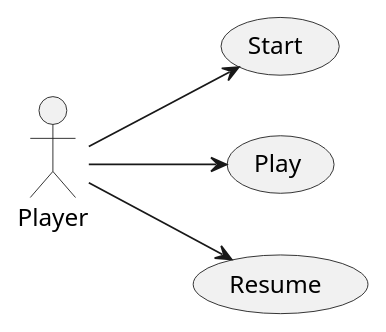
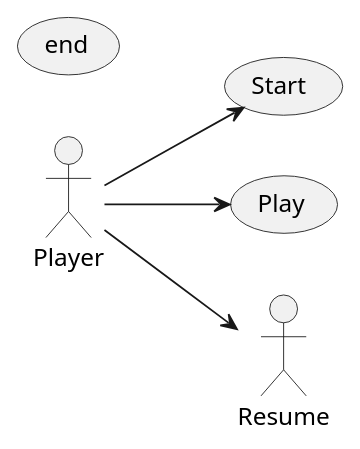
The diagram in docs/diagrams/actorsUseCaseDiagram.plantuml (GenesisMontilla/IS-022023), drawn with PlantUML before and after one commit.

Commit message:
cambio usecase end

```diff
--- a/docs/diagrams/actorsUseCaseDiagram.plantuml
+++ b/docs/diagrams/actorsUseCaseDiagram.plantuml
@@ -1,11 +1,11 @@
 @startuml actorsUseCaseDiagram
 left to right direction
 actor Player
 usecase Start
 usecase Play
-usecase Resume
+usecase end
 
 Player --> Start
 Player --> Play
 Player --> Resume
 @enduml
```
